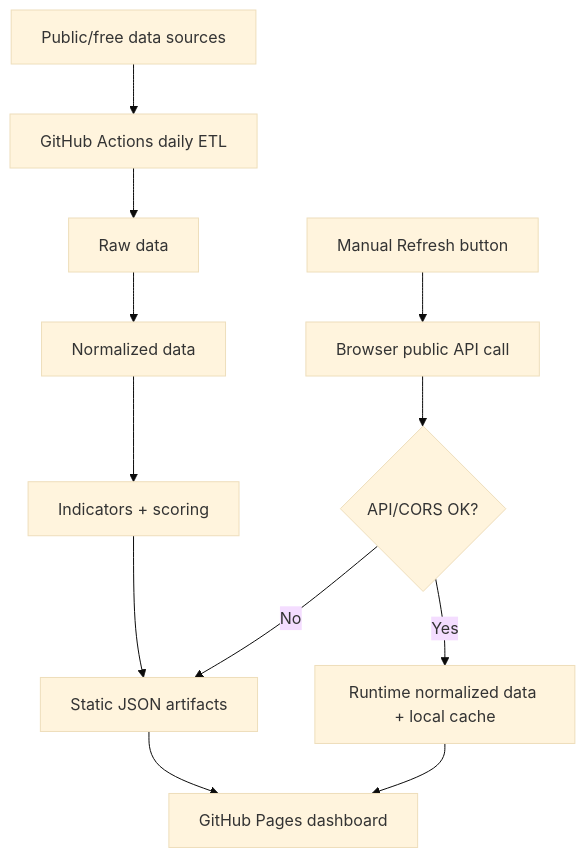
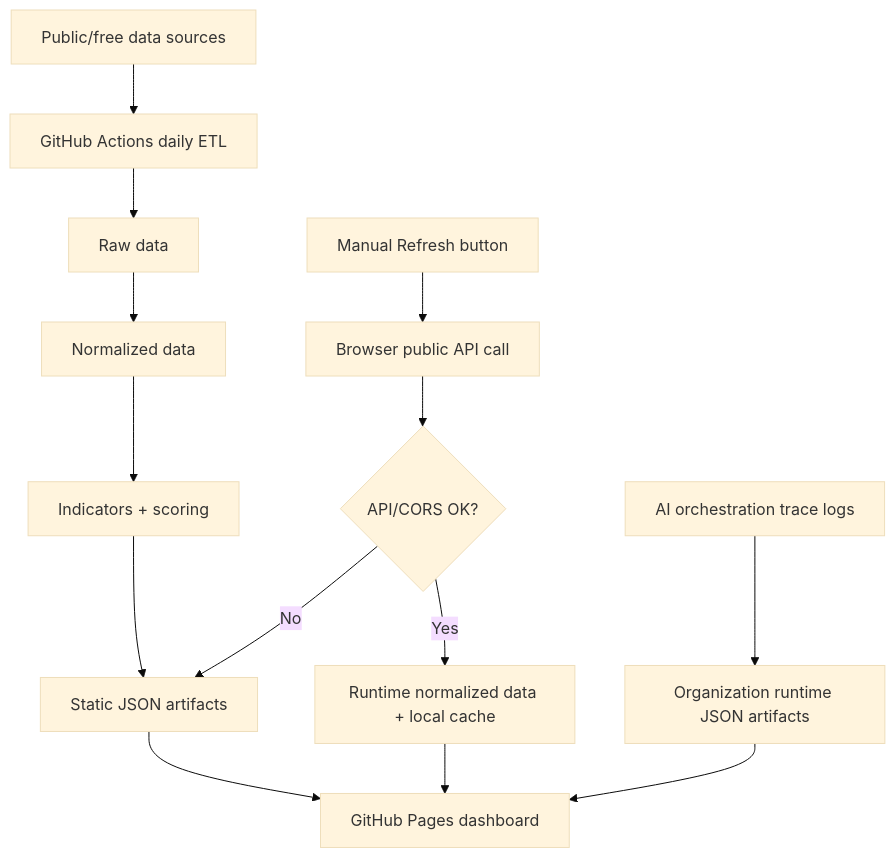
Before and after one commit to anhtnt90dev/vn-stock-insight: the third of 16 diagrams in docs/superpowers/specs/2026-06-07-vn-stock-insight-design.md, drawn with Mermaid (base theme). The commit also changed other lines of this file, not shown here.

Commit message:
docs: add organization visualizer requirements

````diff
--- a/docs/superpowers/specs/2026-06-07-vn-stock-insight-design.md
+++ b/docs/superpowers/specs/2026-06-07-vn-stock-insight-design.md
@@ -149,14 +153,16 @@
 ```mermaid
 flowchart TD
   A["Public/free data sources"] --> B["GitHub Actions daily ETL"]
   B --> C["Raw data"]
   C --> D["Normalized data"]
   D --> E["Indicators + scoring"]
   E --> F["Static JSON artifacts"]
   F --> G["GitHub Pages dashboard"]
   H["Manual Refresh button"] --> I["Browser public API call"]
   I --> J{"API/CORS OK?"}
   J -- "Yes" --> K["Runtime normalized data + local cache"]
   J -- "No" --> F
   K --> G
+  L["AI orchestration trace logs"] --> M["Organization runtime JSON artifacts"]
+  M --> G
 ```
````
